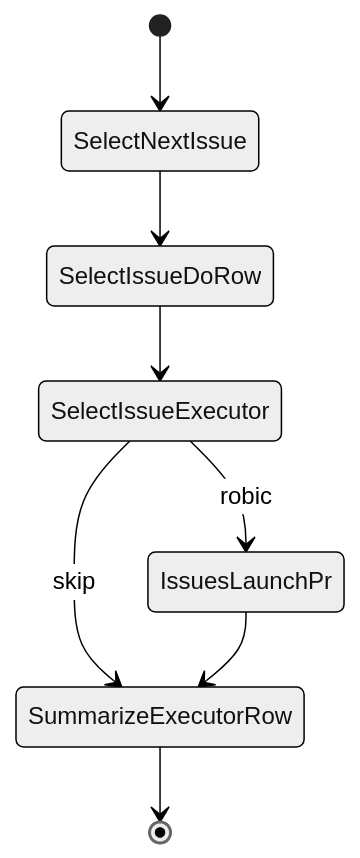
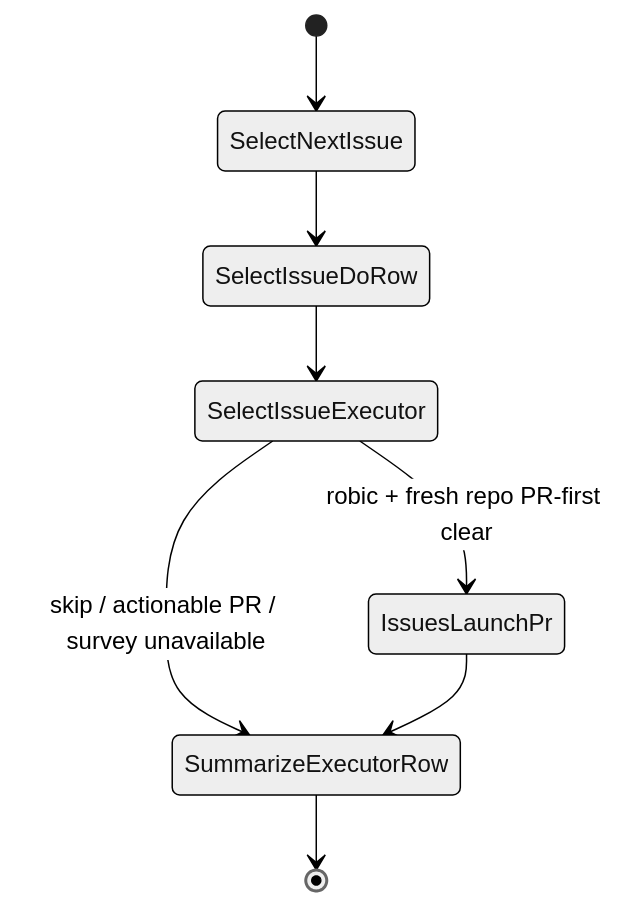
Diagram 34 of 46 in README.md (mikolaj92/lokay), drawn with Mermaid (neutral theme) before and after one commit. The commit also changed other lines of this file and 13 other files, not shown here.

First line of the commit message:
fix: enforce repository PR-first admission on the executable issue delivery path

````diff
--- a/README.md
+++ b/README.md
@@ -1129,10 +1129,10 @@
 ```mermaid
 stateDiagram-v2
     [*] --> SelectNextIssue
     SelectNextIssue --> SelectIssueDoRow
     SelectIssueDoRow --> SelectIssueExecutor
-    SelectIssueExecutor --> IssuesLaunchPr: robic
-    SelectIssueExecutor --> SummarizeExecutorRow: skip
+    SelectIssueExecutor --> IssuesLaunchPr: robic + fresh repo PR-first clear
+    SelectIssueExecutor --> SummarizeExecutorRow: skip / actionable PR / survey unavailable
     IssuesLaunchPr --> SummarizeExecutorRow
     SummarizeExecutorRow --> [*]
 ```
````
